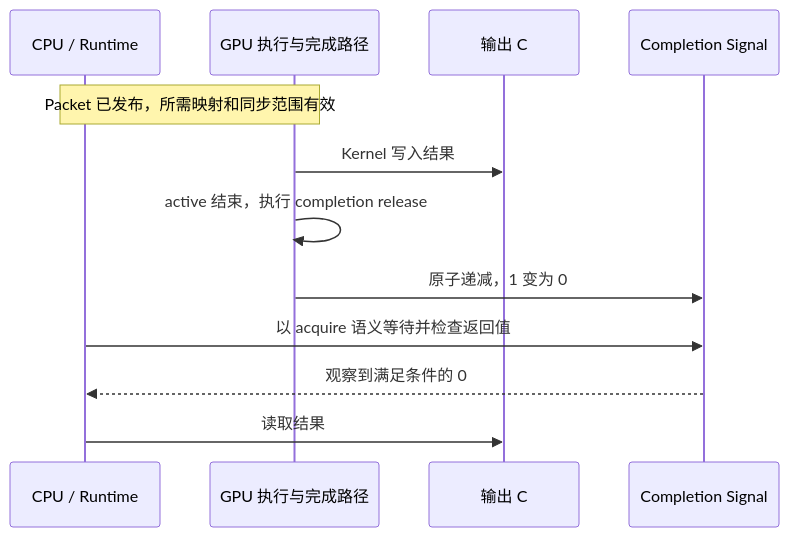
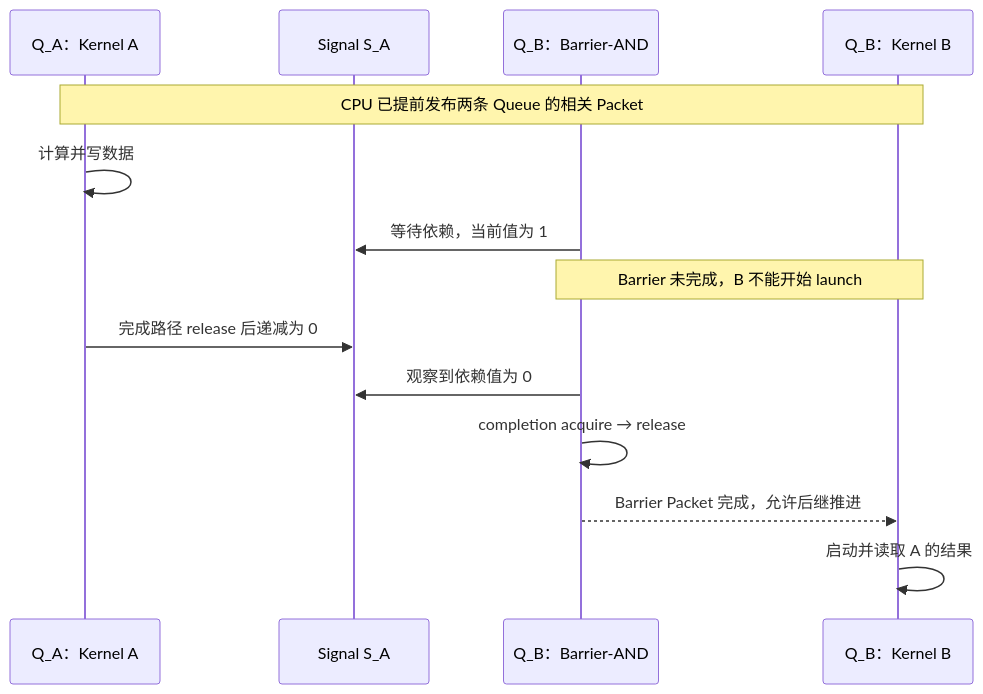
Before and after one commit to hxfei-git/gpu-study: the ninth of 14 diagrams in 03_AMD GPU 队列与 AQL Dispatch.md, drawn with Mermaid. The commit also changed other lines of this file and 5 other files, not shown here.

````diff
--- a/03_AMD GPU 队列与 AQL Dispatch.md
+++ b/03_AMD GPU 队列与 AQL Dispatch.md
@@ -3199,14 +4399,16 @@
 ```mermaid
 sequenceDiagram
-    participant U as CPU / Runtime
-    participant G as GPU 执行与完成路径
-    participant C as 输出 C
-    participant S as Completion Signal
-    Note over U,G: Packet 已发布，所需映射和同步范围有效
-    G->>C: Kernel 写入结果
-    G->>G: active 结束，执行 completion release
-    G->>S: 原子递减，1 变为 0
-    U->>S: 以 acquire 语义等待并检查返回值
-    S-->>U: 观察到满足条件的 0
-    U->>C: 读取结果
+    participant A as Q_A：Kernel A
+    participant S as Signal S_A
+    participant W as Q_B：Barrier-AND
+    participant B as Q_B：Kernel B
+    Note over A,B: CPU 已提前发布两条 Queue 的相关 Packet
+    A->>A: 计算并写数据
+    W->>S: 等待依赖，当前值为 1
+    Note over W,B: Barrier 未完成，B 不能开始 launch
+    A->>S: 完成路径 release 后递减为 0
+    W->>S: 观察到依赖值为 0
+    W->>W: completion acquire → release
+    W-->>B: Barrier Packet 完成，允许后继推进
+    B->>B: 启动并读取 A 的结果
 ```
````
